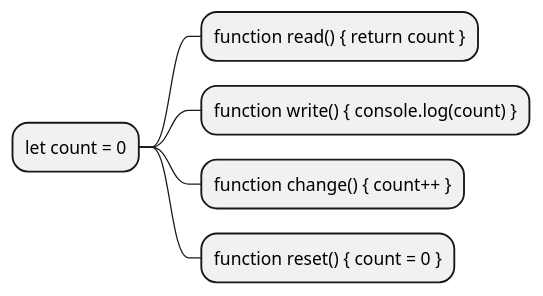
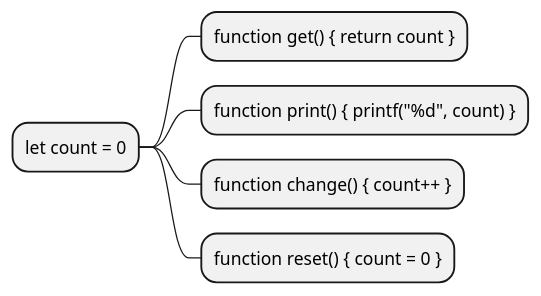
The second of 3 diagrams in _posts/2024-03-09-oop.md (mannercode/mannercode.github.io), drawn with PlantUML before and after one commit. The commit also changed other lines of this file and 7 other files, not shown here.

```diff
--- a/_posts/2024-03-09-oop.md
+++ b/_posts/2024-03-09-oop.md
@@ -445,9 +445,9 @@
 {% plantuml %}
 @startmindmap
 * let count = 0
-** function read() { return count }
-** function write() { console.log(count) }
+** function get() { return count }
+** function print() { printf("%d", count) }
 ** function change() { count++ }
 ** function reset() { count = 0 }
 @endmindmap
 {% endplantuml %}
```
